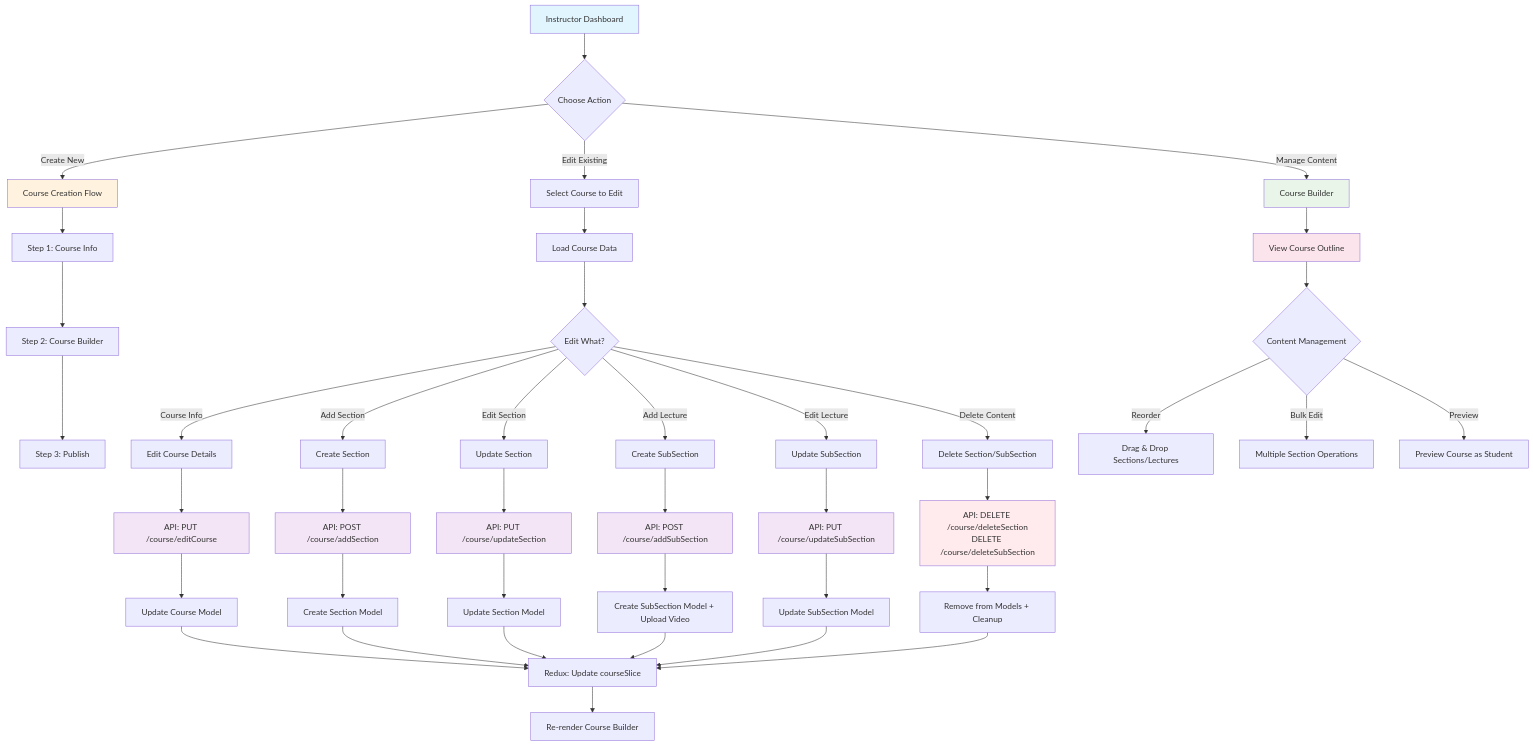
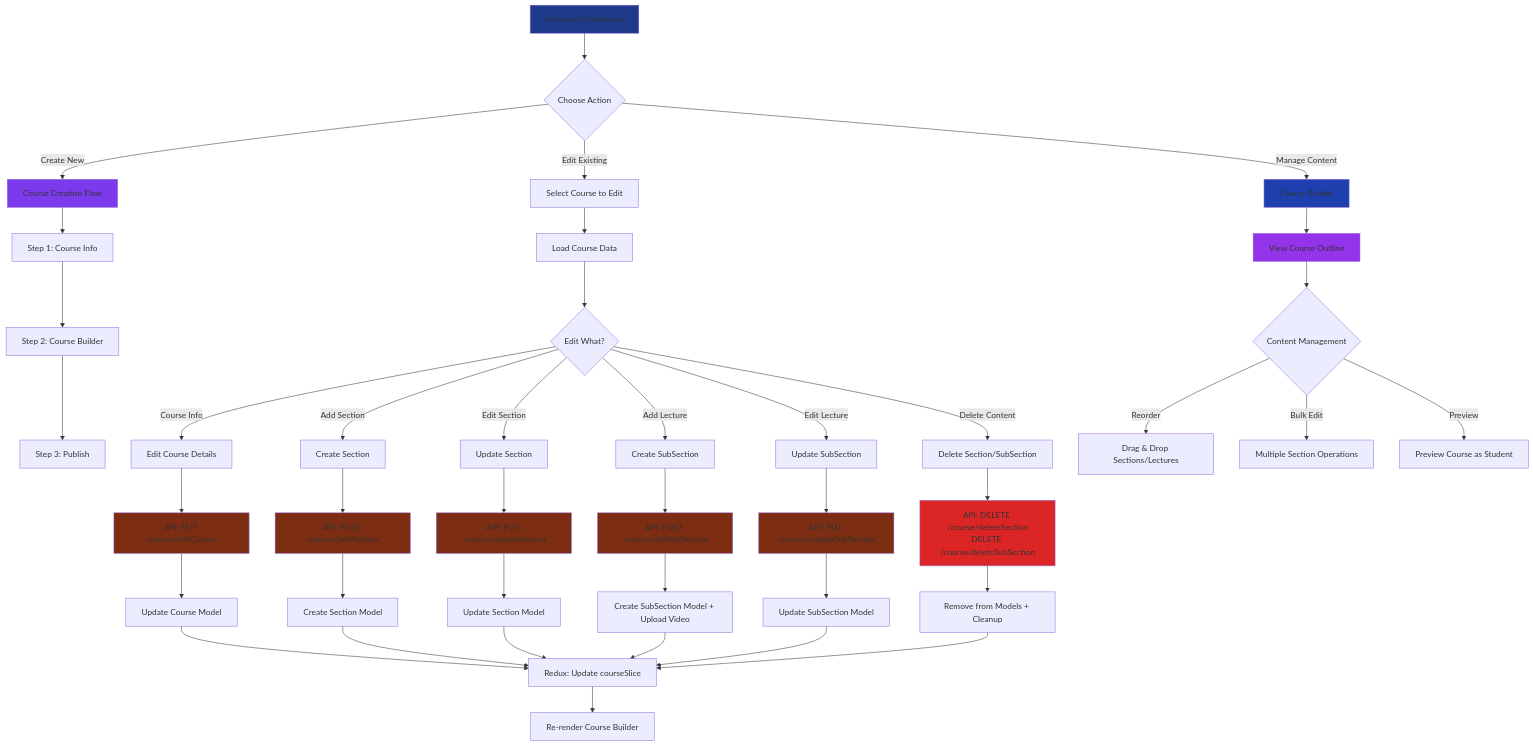
The sixth of 15 diagrams in FLOW diagrams.md (vedantsrivastavaCN/SkillVerse), drawn with Mermaid before and after one commit. The commit also changed other lines of this file, not shown here.

Commit message:
flow diagrams color scheme changed

````diff
--- a/FLOW diagrams.md
+++ b/FLOW diagrams.md
@@ -323,63 +323,63 @@
 ```mermaid
 flowchart TD
     A[Instructor Dashboard] --> B{Choose Action}
     
     B -->|Create New| C[Course Creation Flow]
     B -->|Edit Existing| D[Select Course to Edit]
     B -->|Manage Content| E[Course Builder]
     
     C --> F[Step 1: Course Info]
     F --> G[Step 2: Course Builder]
     G --> H[Step 3: Publish]
     
     D --> I[Load Course Data]
     I --> J{Edit What?}
     
     J -->|Course Info| K[Edit Course Details]
     J -->|Add Section| L[Create Section]
     J -->|Edit Section| M[Update Section]
     J -->|Add Lecture| N[Create SubSection]
     J -->|Edit Lecture| O[Update SubSection]
     J -->|Delete Content| P[Delete Section/SubSection]
     
     E --> Q[View Course Outline]
     Q --> R{Content Management}
     
     R -->|Reorder| S[Drag & Drop Sections/Lectures]
     R -->|Bulk Edit| T[Multiple Section Operations]
     R -->|Preview| U[Preview Course as Student]
     
     K --> V[API: PUT /course/editCourse]
     L --> W[API: POST /course/addSection]
     M --> X[API: PUT /course/updateSection]
     N --> Y[API: POST /course/addSubSection]
     O --> Z[API: PUT /course/updateSubSection]
     P --> AA[API: DELETE /course/deleteSection<br/>DELETE /course/deleteSubSection]
     
     V --> AB[Update Course Model]
     W --> AC[Create Section Model]
     X --> AD[Update Section Model]
     Y --> AE[Create SubSection Model + Upload Video]
     Z --> AF[Update SubSection Model]
     AA --> AG[Remove from Models + Cleanup]
     
     AB --> AH[Redux: Update courseSlice]
     AC --> AH
     AD --> AH
     AE --> AH
     AF --> AH
     AG --> AH
     
     AH --> AI[Re-render Course Builder]
     
-    style A fill:#e1f5fe
-    style C fill:#fff3e0
-    style E fill:#e8f5e8
-    style Q fill:#fce4ec
-    style V fill:#f3e5f5
-    style W fill:#f3e5f5
-    style X fill:#f3e5f5
-    style Y fill:#f3e5f5
-    style Z fill:#f3e5f5
-    style AA fill:#ffebee
+    style A fill:#1e3a8a
+    style C fill:#7c3aed
+    style E fill:#1e40af
+    style Q fill:#9333ea
+    style V fill:#7c2d12
+    style W fill:#7c2d12
+    style X fill:#7c2d12
+    style Y fill:#7c2d12
+    style Z fill:#7c2d12
+    style AA fill:#dc2626
 ```
````
